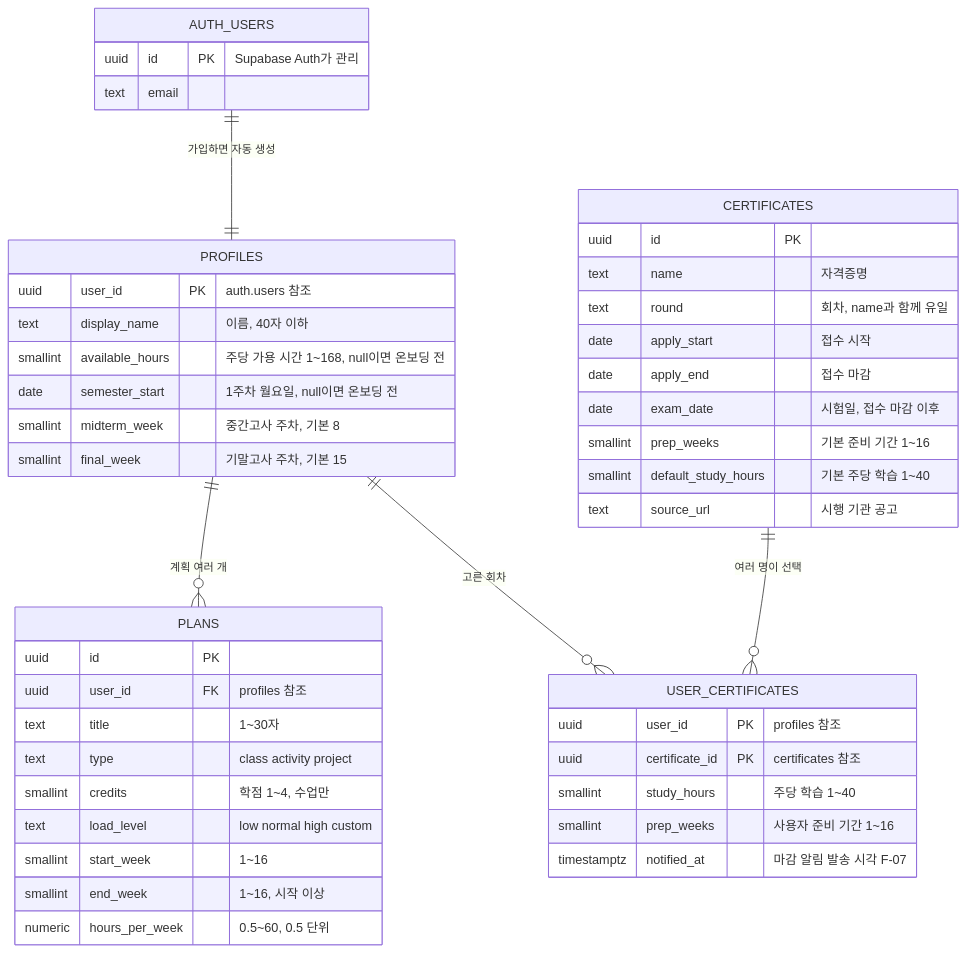
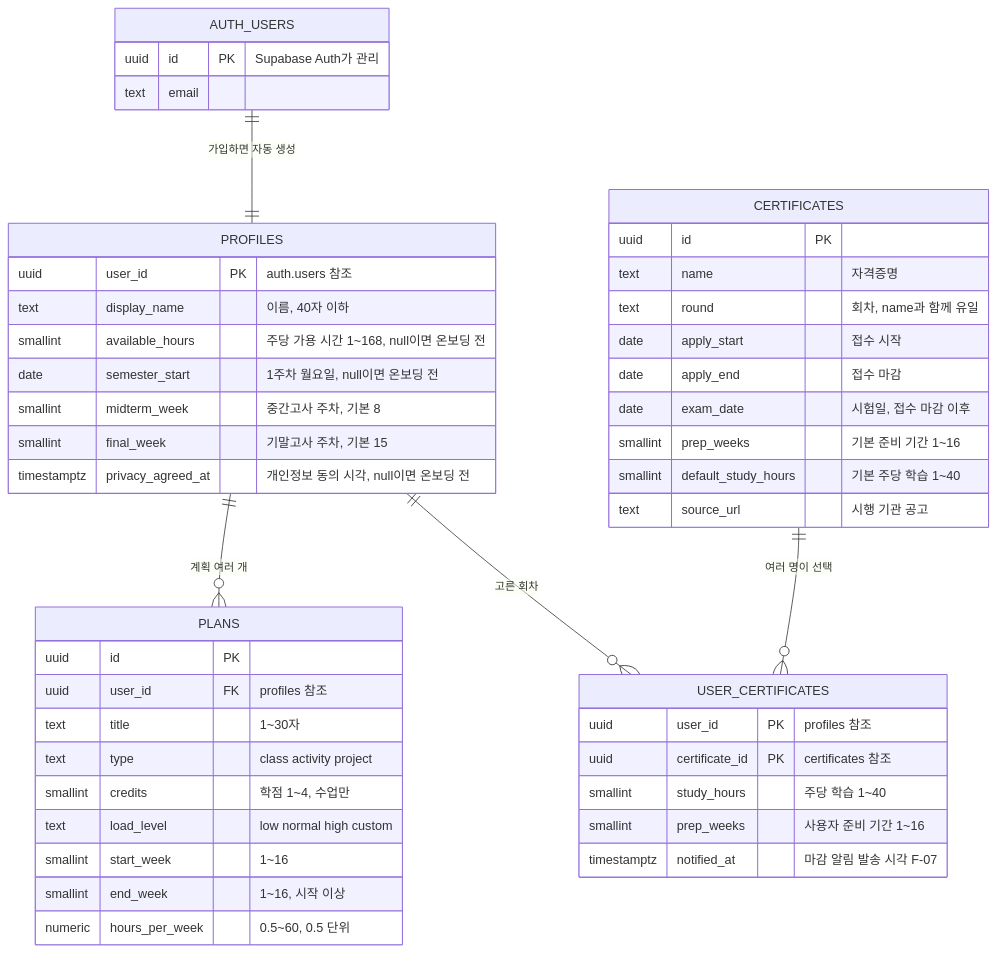
The first of 2 diagrams in docs/ARCHITECTURE.md (Yeboseyo-team/YBSY-BACKEND), drawn with Mermaid before and after one commit. The commit also changed 12 other files, not shown here.

````diff
--- a/docs/ARCHITECTURE.md
+++ b/docs/ARCHITECTURE.md
@@ -7,48 +7,49 @@
 ```mermaid
 erDiagram
   AUTH_USERS ||--|| PROFILES : "가입하면 자동 생성"
   PROFILES ||--o{ PLANS : "계획 여러 개"
   PROFILES ||--o{ USER_CERTIFICATES : "고른 회차"
   CERTIFICATES ||--o{ USER_CERTIFICATES : "여러 명이 선택"
   AUTH_USERS {
     uuid id PK "Supabase Auth가 관리"
     text email
   }
   PROFILES {
     uuid user_id PK "auth.users 참조"
     text display_name "이름, 40자 이하"
     smallint available_hours "주당 가용 시간 1~168, null이면 온보딩 전"
     date semester_start "1주차 월요일, null이면 온보딩 전"
     smallint midterm_week "중간고사 주차, 기본 8"
     smallint final_week "기말고사 주차, 기본 15"
+    timestamptz privacy_agreed_at "개인정보 동의 시각, null이면 온보딩 전"
   }
   PLANS {
     uuid id PK
     uuid user_id FK "profiles 참조"
     text title "1~30자"
     text type "class activity project"
     smallint credits "학점 1~4, 수업만"
     text load_level "low normal high custom"
     smallint start_week "1~16"
     smallint end_week "1~16, 시작 이상"
     numeric hours_per_week "0.5~60, 0.5 단위"
   }
   CERTIFICATES {
     uuid id PK
     text name "자격증명"
     text round "회차, name과 함께 유일"
     date apply_start "접수 시작"
     date apply_end "접수 마감"
     date exam_date "시험일, 접수 마감 이후"
     smallint prep_weeks "기본 준비 기간 1~16"
     smallint default_study_hours "기본 주당 학습 1~40"
     text source_url "시행 기관 공고"
   }
   USER_CERTIFICATES {
     uuid user_id PK "profiles 참조"
     uuid certificate_id PK "certificates 참조"
     smallint study_hours "주당 학습 1~40"
     smallint prep_weeks "사용자 준비 기간 1~16"
     timestamptz notified_at "마감 알림 발송 시각 F-07"
   }
 ```
````
